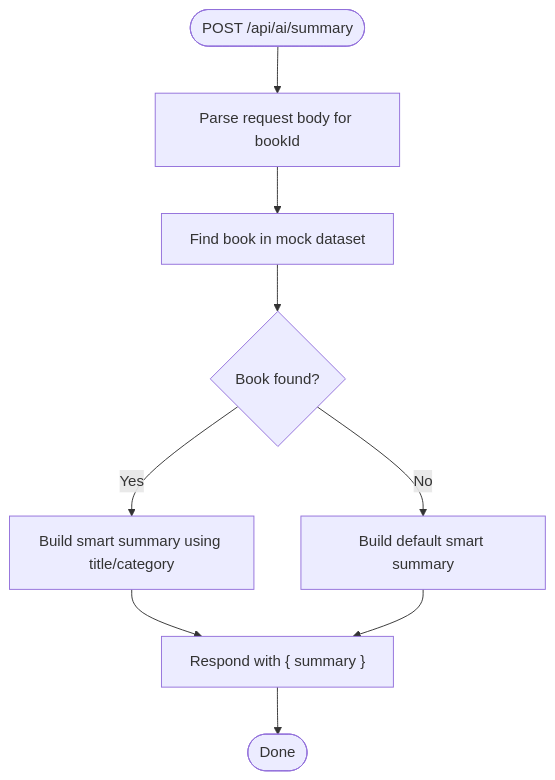
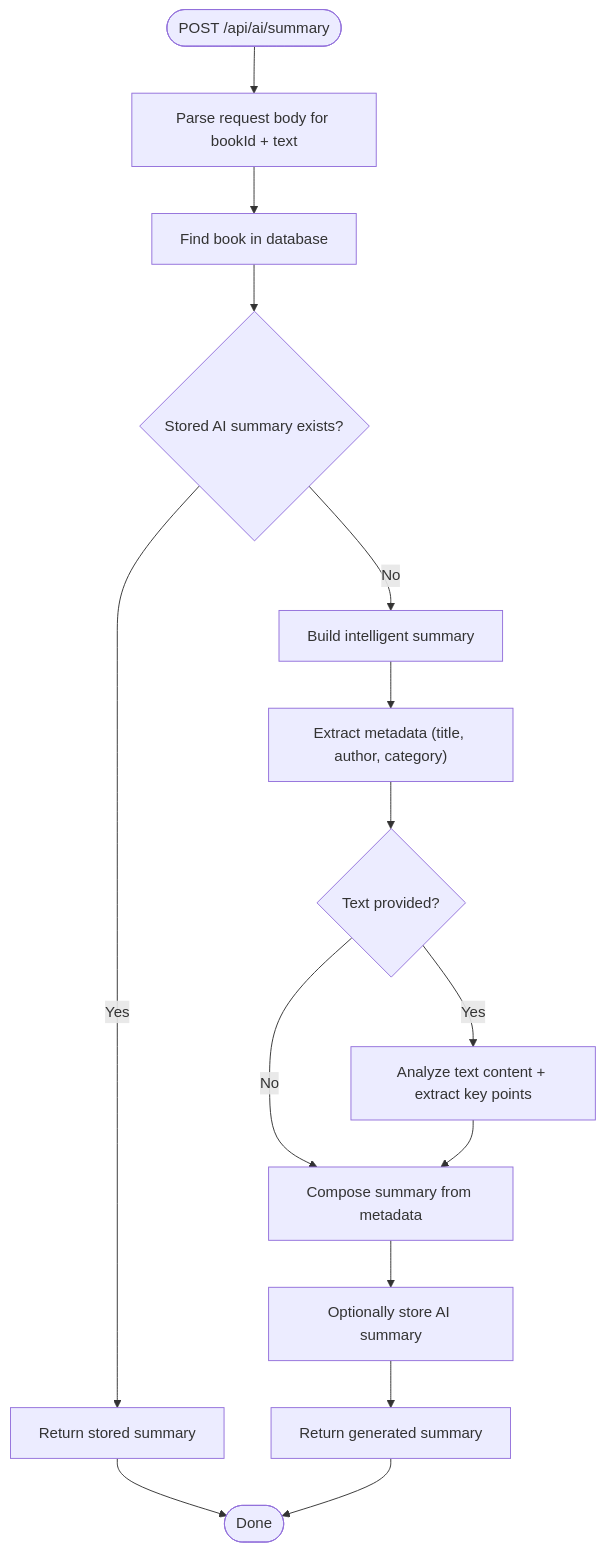
The third of 7 diagrams in .qoder/repowiki/en/content/AI-Powered Features.md (ganesh-NB/readsphere), drawn with Mermaid before and after one commit. The commit also changed other lines of this file and 46 other files, not shown here.

````diff
--- a/.qoder/repowiki/en/content/AI-Powered Features.md
+++ b/.qoder/repowiki/en/content/AI-Powered Features.md
@@ -144,11 +172,17 @@
 ```mermaid
 flowchart TD
-Start(["POST /api/ai/summary"]) --> Parse["Parse request body for bookId"]
-Parse --> Find["Find book in mock dataset"]
-Find --> Found{"Book found?"}
-Found --> |Yes| Build["Build smart summary using title/category"]
-Found --> |No| BuildDefault["Build default smart summary"]
-Build --> Respond["Respond with { summary }"]
-BuildDefault --> Respond
-Respond --> End(["Done"])
+Start(["POST /api/ai/summary"]) --> Parse["Parse request body for bookId + text"]
+Parse --> Find["Find book in database"]
+Find --> Stored{"Stored AI summary exists?"}
+Stored --> |Yes| ReturnStored["Return stored summary"]
+Stored --> |No| Build["Build intelligent summary"]
+Build --> Metadata["Extract metadata (title, author, category)"]
+Metadata --> Text{"Text provided?"}
+Text --> |Yes| Analyze["Analyze text content + extract key points"]
+Text --> |No| Compose["Compose summary from metadata"]
+Analyze --> Compose
+Compose --> Store["Optionally store AI summary"]
+Store --> ReturnGen["Return generated summary"]
+ReturnStored --> End(["Done"])
+ReturnGen --> End
 ```
````
